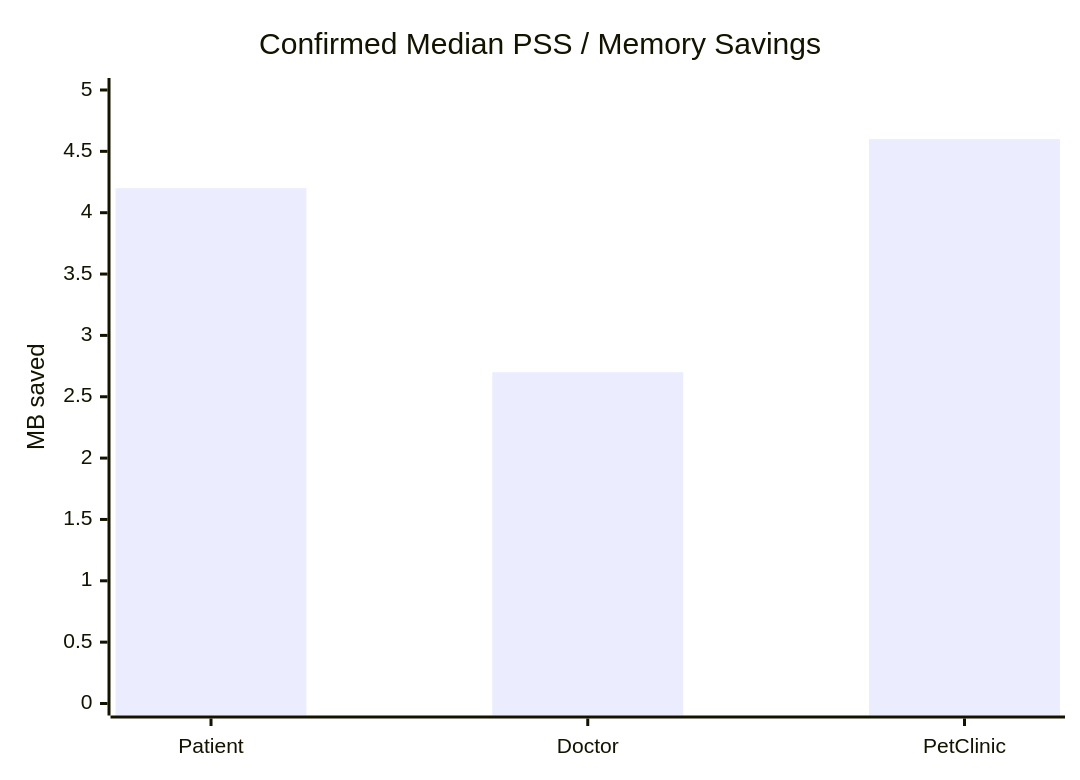
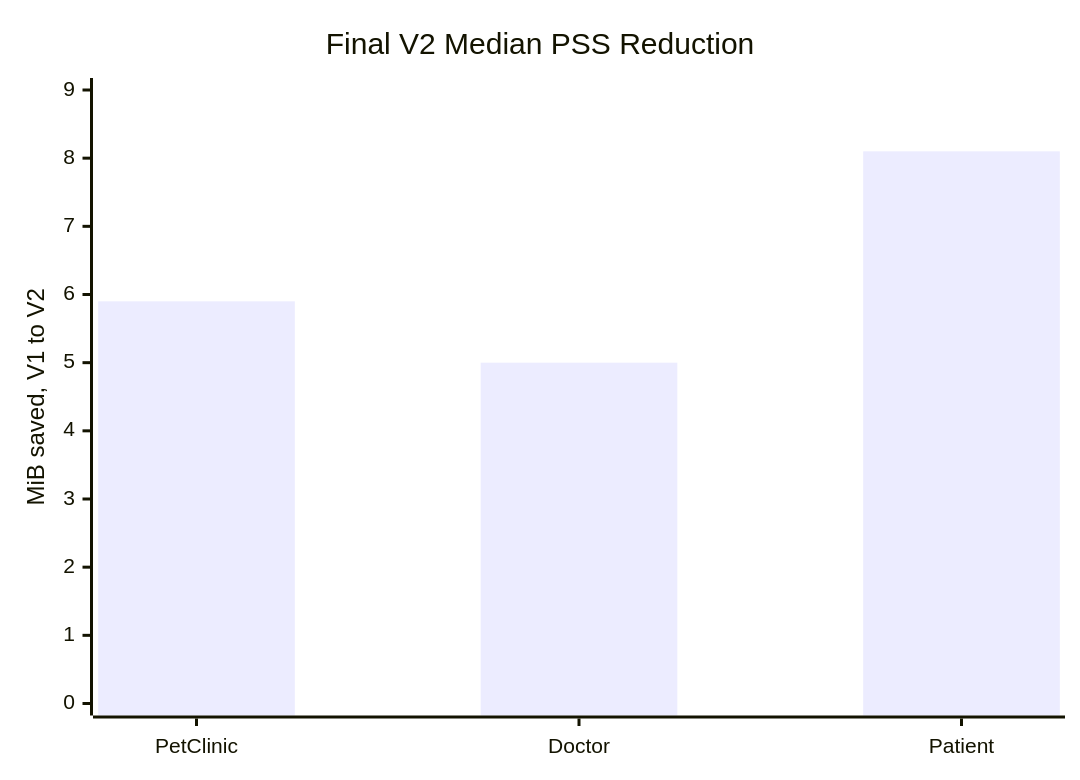
The diagram in ASSETS/charts/median-pss-savings.mmd (AlphaSudo/jmoa-jvm-optimization-portfolio), drawn with Mermaid before and after one commit. The commit also changed 27 other files, not shown here.

```diff
--- a/ASSETS/charts/median-pss-savings.mmd
+++ b/ASSETS/charts/median-pss-savings.mmd
@@ -1,5 +1,5 @@
 xychart-beta
-  title "Confirmed Median PSS / Memory Savings"
-  x-axis ["Patient", "Doctor", "PetClinic"]
-  y-axis "MB saved" 0 --> 5
-  bar [4.2, 2.7, 4.6]
+  title "Final V2 Median PSS Reduction"
+  x-axis ["PetClinic", "Doctor", "Patient"]
+  y-axis "MiB saved, V1 to V2" 0 --> 9
+  bar [5.9, 5.0, 8.1]
```
